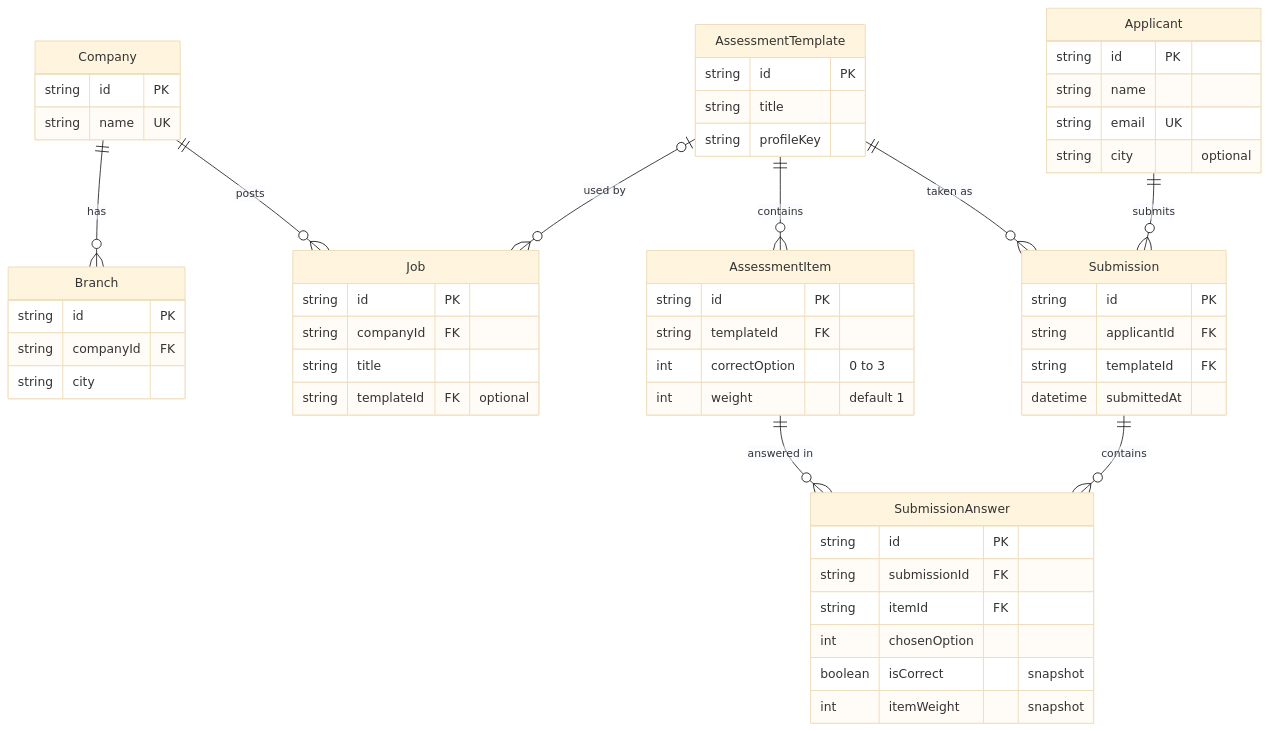
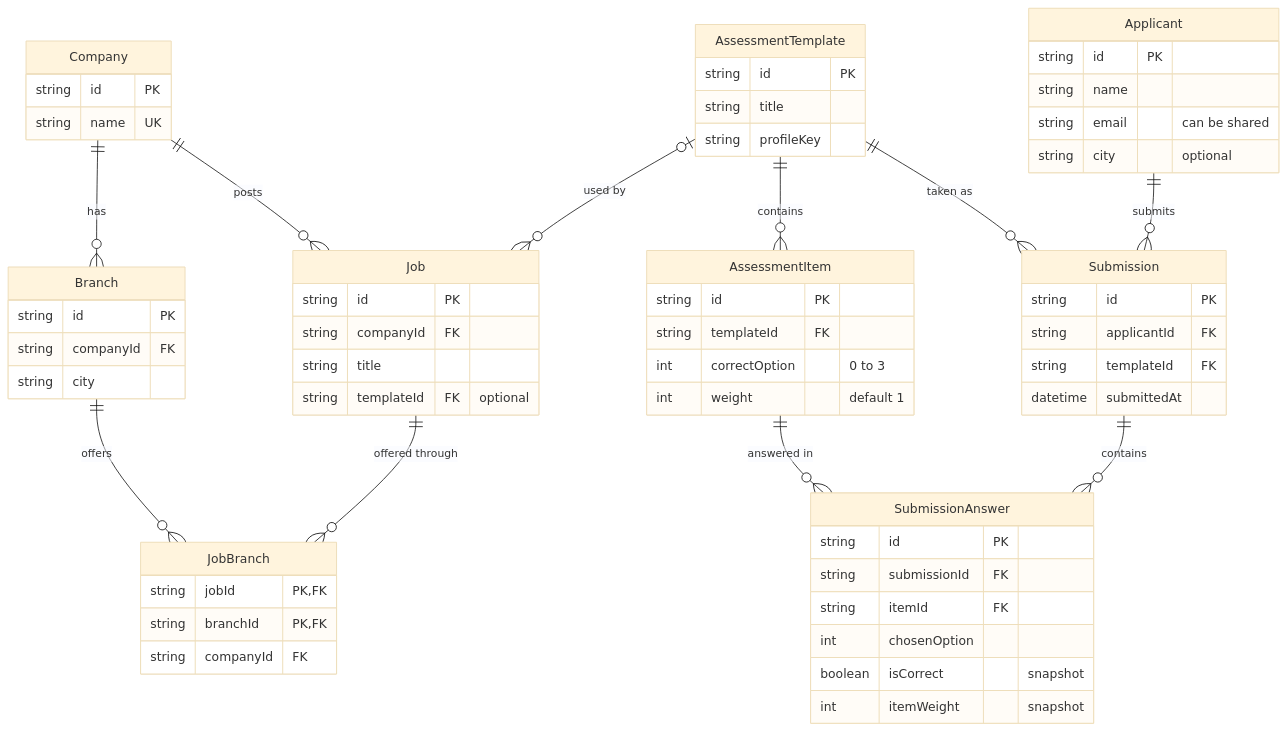
The diagram in README.md (cardox6/loadup_challenge), drawn with Mermaid (base theme) before and after one commit. The commit also changed other lines of this file and 1 other file, not shown here.

````diff
--- a/README.md
+++ b/README.md
@@ -74,58 +77,65 @@
 ```mermaid
 erDiagram
     Company ||--o{ Branch : has
     Company ||--o{ Job : posts
+    Job ||--o{ JobBranch : "offered through"
+    Branch ||--o{ JobBranch : offers
     AssessmentTemplate |o--o{ Job : "used by"
     AssessmentTemplate ||--o{ AssessmentItem : contains
     AssessmentTemplate ||--o{ Submission : "taken as"
     Applicant ||--o{ Submission : submits
     Submission ||--o{ SubmissionAnswer : contains
     AssessmentItem ||--o{ SubmissionAnswer : "answered in"
 
     Company {
         string id PK
         string name UK
     }
     Branch {
         string id PK
         string companyId FK
         string city
     }
     Job {
         string id PK
         string companyId FK
         string title
         string templateId FK "optional"
     }
+    JobBranch {
+        string jobId PK, FK
+        string branchId PK, FK
+        string companyId FK
+    }
     Applicant {
         string id PK
         string name
-        string email UK
+        string email "can be shared"
         string city "optional"
     }
     AssessmentTemplate {
         string id PK
         string title
         string profileKey
     }
     AssessmentItem {
         string id PK
         string templateId FK
         int correctOption "0 to 3"
         int weight "default 1"
     }
     Submission {
         string id PK
         string applicantId FK
         string templateId FK
         datetime submittedAt
     }
     SubmissionAnswer {
         string id PK
         string submissionId FK
         string itemId FK
         int chosenOption
         boolean isCorrect "snapshot"
         int itemWeight "snapshot"
     }
 ```
````
